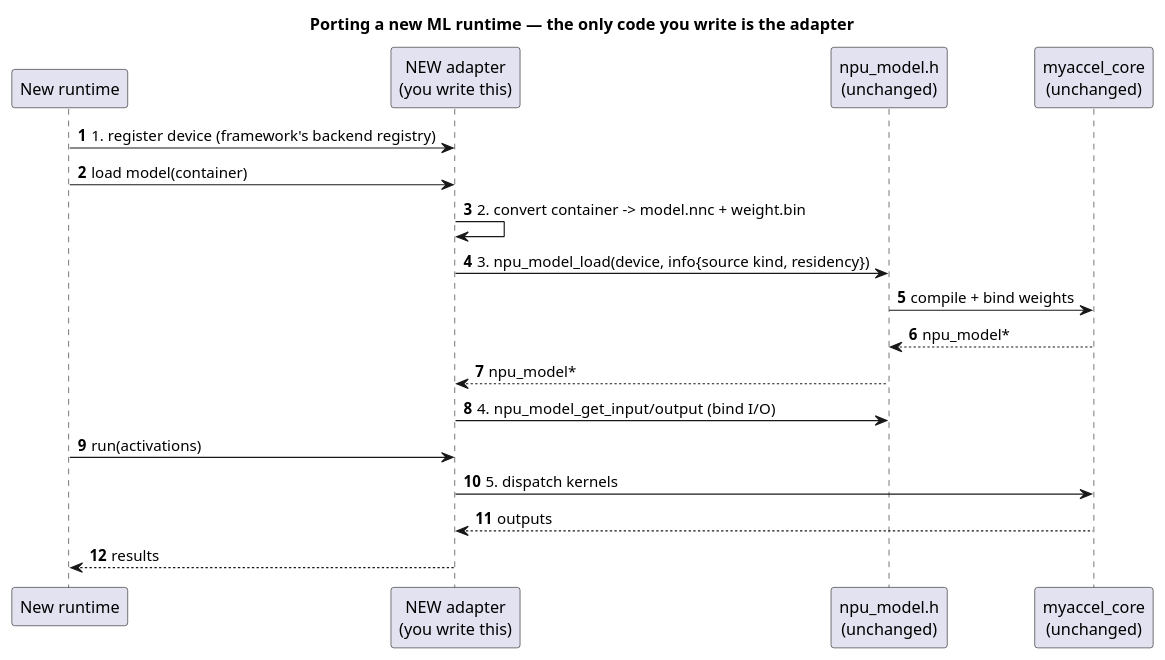
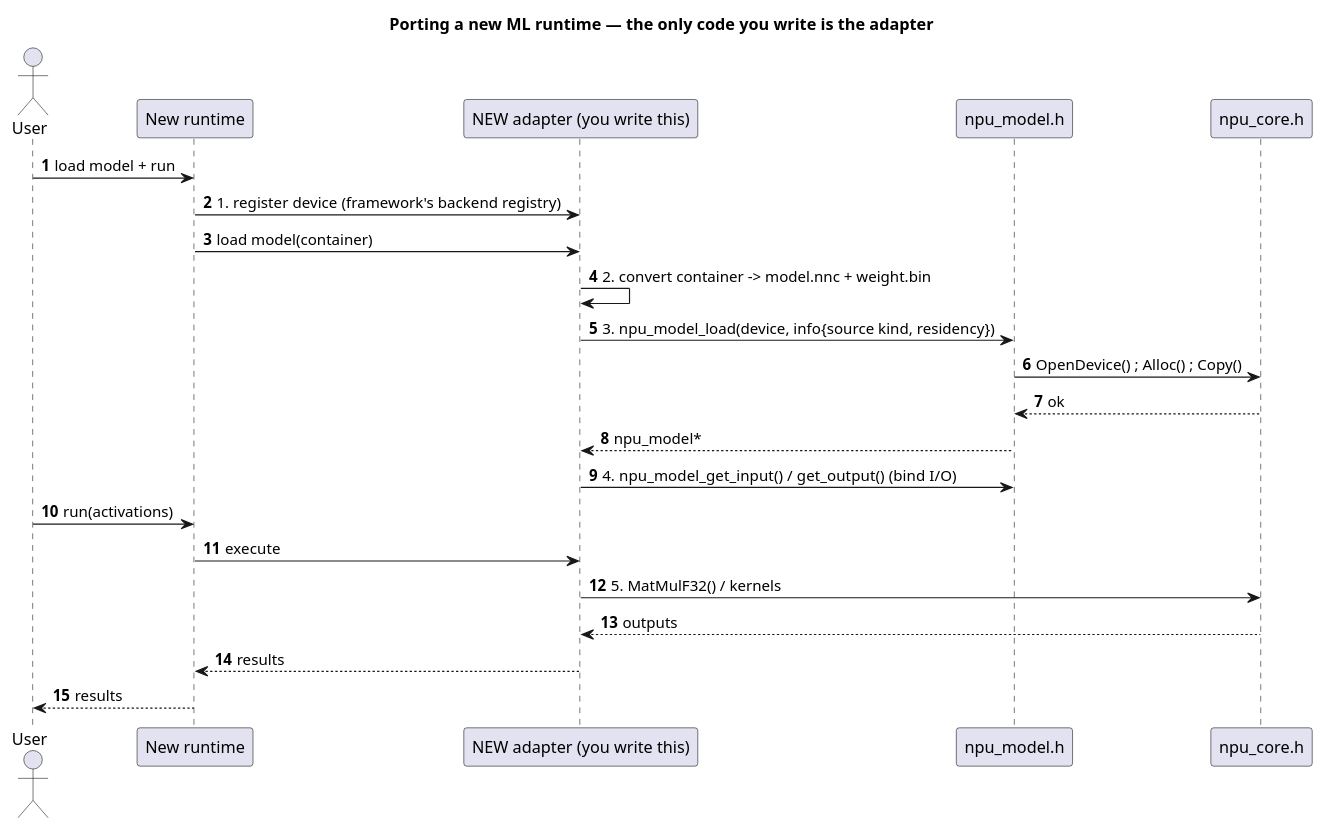
Before and after one commit to froginaz/onnxruntime: the sixth of 6 diagrams in shared_backend/docs/design.puml, drawn with PlantUML. The commit also changed other lines of this file and 1 other file, not shown here.

First line of the commit message:
Refine sequence diagrams: user-initiated, class-name participants, matched methods

```diff
--- a/shared_backend/docs/design.puml
+++ b/shared_backend/docs/design.puml
@@ -247,23 +260,27 @@
 @startuml seq_port_new_runtime
 title Porting a new ML runtime — the only code you write is the adapter
 autonumber
 skinparam shadowing false
 
+actor User
 participant "New runtime" as RT
-participant "NEW adapter\n(you write this)" as ADP
-participant "npu_model.h\n(unchanged)" as API
-participant "myaccel_core\n(unchanged)" as Core
+participant "NEW adapter (you write this)" as ADP
+participant "npu_model.h" as NpuModel
+participant "npu_core.h" as NpuCore
 
+User -> RT : load model + run
 RT -> ADP : 1. register device (framework's backend registry)
 RT -> ADP : load model(container)
 ADP -> ADP : 2. convert container -> model.nnc + weight.bin
-ADP -> API : 3. npu_model_load(device, info{source kind, residency})
-API -> Core : compile + bind weights
-Core --> API : npu_model*
-API --> ADP : npu_model*
-ADP -> API : 4. npu_model_get_input/output  (bind I/O)
-RT -> ADP : run(activations)
-ADP -> Core : 5. dispatch kernels
-Core --> ADP : outputs
+ADP -> NpuModel : 3. npu_model_load(device, info{source kind, residency})
+NpuModel -> NpuCore : OpenDevice() ; Alloc() ; Copy()
+NpuCore --> NpuModel : ok
+NpuModel --> ADP : npu_model*
+ADP -> NpuModel : 4. npu_model_get_input() / get_output()  (bind I/O)
+User -> RT : run(activations)
+RT -> ADP : execute
+ADP -> NpuCore : 5. MatMulF32() / kernels
+NpuCore --> ADP : outputs
 ADP --> RT : results
+RT --> User : results
 @enduml
```
